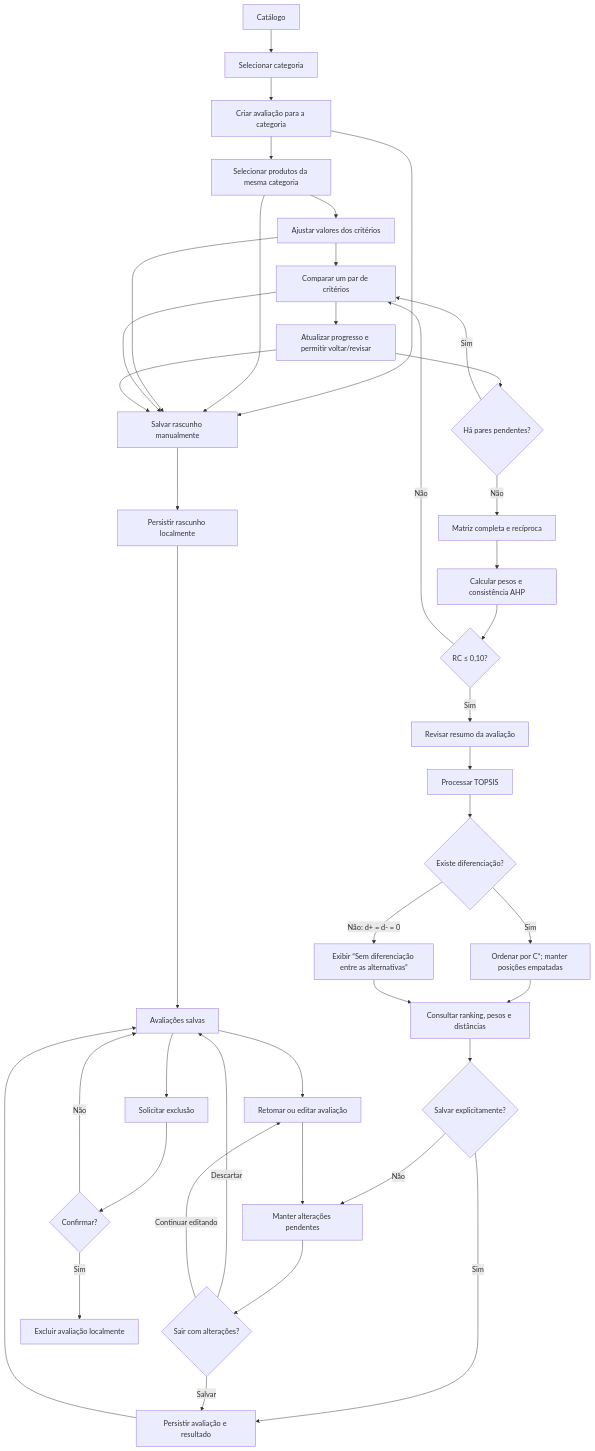
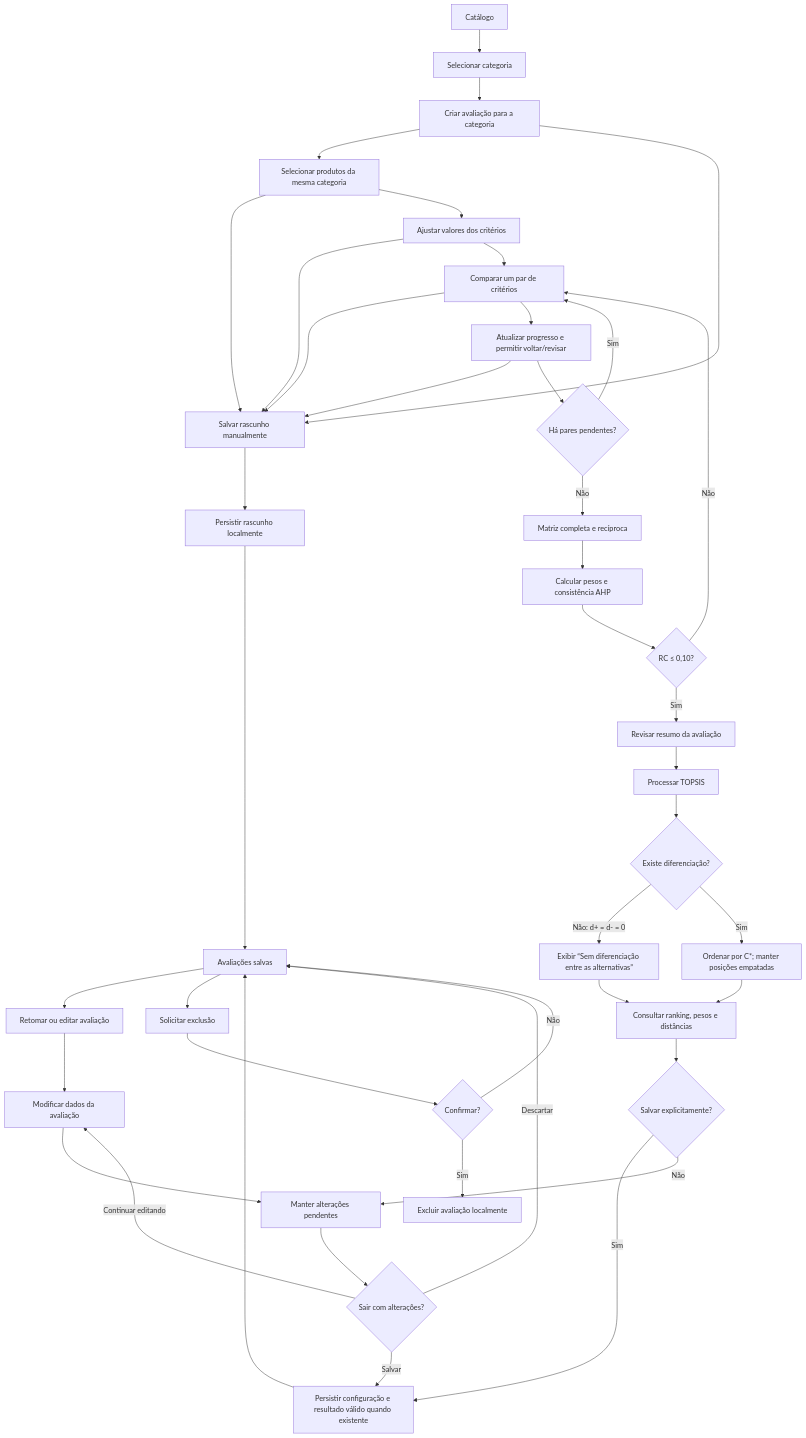
The diagram in docs/interface/navegacao.md (samuel-0v/pdm-ahp-topsis), drawn with Mermaid before and after one commit. The commit also changed other lines of this file and 24 other files, not shown here.

````diff
--- a/docs/interface/navegacao.md
+++ b/docs/interface/navegacao.md
@@ -5,43 +5,44 @@
 ```mermaid
 flowchart TD
     CAT[Catálogo] --> CATEG[Selecionar categoria]
     CATEG --> NEW[Criar avaliação para a categoria]
     NEW --> SEL[Selecionar produtos da mesma categoria]
     NEW --> DRAFT[Salvar rascunho manualmente]
     SEL --> DRAFT
     VAL --> DRAFT
     AHP --> DRAFT
     PROG --> DRAFT
     DRAFT --> DRAFTSAVE[Persistir rascunho localmente]
     DRAFTSAVE --> LIST[Avaliações salvas]
     SEL --> VAL[Ajustar valores dos critérios]
     VAL --> AHP[Comparar um par de critérios]
     AHP --> PROG[Atualizar progresso e permitir voltar/revisar]
     PROG --> MORE{Há pares pendentes?}
     MORE -- Sim --> AHP
     MORE -- Não --> CHECK[Matriz completa e recíproca]
     CHECK --> CONS[Calcular pesos e consistência AHP]
     CONS --> CR{RC ≤ 0,10?}
     CR -- Não --> AHP
     CR -- Sim --> SUMMARY[Revisar resumo da avaliação]
     SUMMARY --> TOP[Processar TOPSIS]
     TOP --> DEGEN{Existe diferenciação?}
     DEGEN -- Não: d+ = d- = 0 --> NODIFF[Exibir “Sem diferenciação entre as alternativas”]
     DEGEN -- Sim --> RANK[Ordenar por C*; manter posições empatadas]
     RANK --> RESULT[Consultar ranking, pesos e distâncias]
     NODIFF --> RESULT
     RESULT --> SAVE{Salvar explicitamente?}
-    SAVE -- Sim --> PERSIST[Persistir avaliação e resultado]
+    SAVE -- Sim --> PERSIST[Persistir configuração e resultado válido quando existente]
     SAVE -- Não --> DIRTY[Manter alterações pendentes]
     PERSIST --> LIST
     LIST --> EDIT[Retomar ou editar avaliação]
-    EDIT --> DIRTY
+    EDIT --> CHANGE[Modificar dados da avaliação]
+    CHANGE --> DIRTY
     DIRTY --> EXIT{Sair com alterações?}
     EXIT -- Salvar --> PERSIST
     EXIT -- Descartar --> LIST
-    EXIT -- Continuar editando --> EDIT
+    EXIT -- Continuar editando --> CHANGE
     LIST --> DELETE[Solicitar exclusão]
     DELETE --> CONF{Confirmar?}
     CONF -- Sim --> REMOVE[Excluir avaliação localmente]
     CONF -- Não --> LIST
 ```
````
